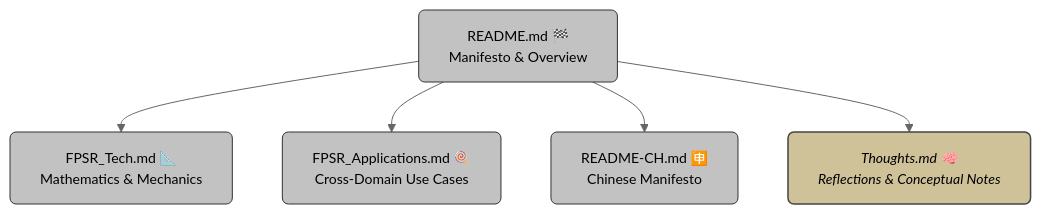
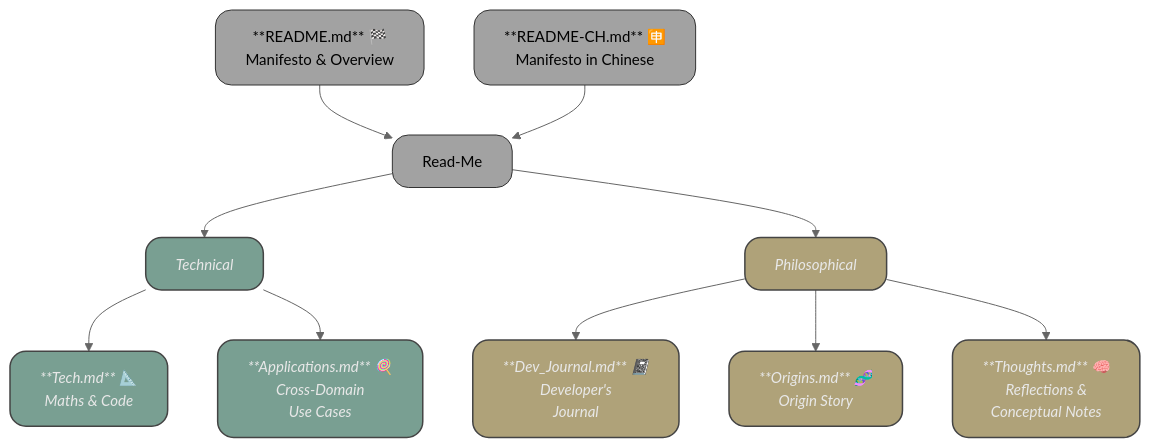
One commit to patwooky/fpsr changed the first of 2 diagrams in README.md. Above: the diagram before and after it, drawn with Mermaid. The commit also changed 4 other files, not shown here.

````diff
--- a/README.md
+++ b/README.md
@@ -69,14 +69,23 @@
 ```mermaid
 %%{ init: { "theme": "neutral" } }%%
 graph TD
-  A[README.md 🏁<br>Manifesto & Overview] --> B[FPSR_Tech.md 📐<br>Mathematics & Mechanics]
-  A --> C[FPSR_Applications.md 🍭<br>Cross-Domain Use Cases]
-  A --> D[README-CH.md 🈸<br>Chinese Manifesto]
-  A --> E[Thoughts.md 🧠<br>Reflections & Conceptual Notes]
+  A[**README.md** 🏁<br>Manifesto & Overview] --> A2[Read-Me] 
+  A2 --> A3[Technical]
+  A2 --> A4[Philosophical]
+  C[**README-CH.md** 🈸<br>Manifesto in Chinese] --> A2
+  A3 --> B[**Tech.md** 📐<br>Maths & Code]
+  A3 --> D[**Applications.md** 🍭<br>Cross-Domain<br>Use Cases]
+  A4 --> E[**Dev_Journal.md** 📓<br>Developer's<br>Journal]
 
-  classDef fileStyle fill:#C2C2C2,stroke:#333,stroke-width:1px,color:#000,rx:6,ry:6,font-size:14px;
-  classDef thoughtHighlight fill:#CFC299,stroke:#444,stroke-width:1.5px,color:#000,rx:6,ry:6,font-size:14px,font-style:italic;
+  A4 --> F[**Origins.md** 🧬<br>Origin Story] 
+  A4 --> G[**Thoughts.md** 🧠<br>Reflections &<br> Conceptual Notes]
 
-  class A,B,C,D fileStyle
-  class E thoughtHighlight
+  classDef fileStyle fill:#A2A2A2,stroke:#333,stroke-width:1px,color:#000,rx:16,ry:16,font-size:15px;
+  classDef techHighlight fill:#799F92,stroke:#444,stroke-width:1.5px,color:#E8E8E8,rx:16,ry:16,font-size:15px,font-style:italic;
+  classDef thoughtsHighlight fill:#AFA279,stroke:#444,stroke-width:1.5px,color:#E8E8E8,rx:16,ry:16,font-size:15px,font-style:italic;
+  
+
+  class A,C,A2,A3 fileStyle
+  class B,D,A3 techHighlight
+  class A4,E,F,G thoughtsHighlight
   ``` 
````
